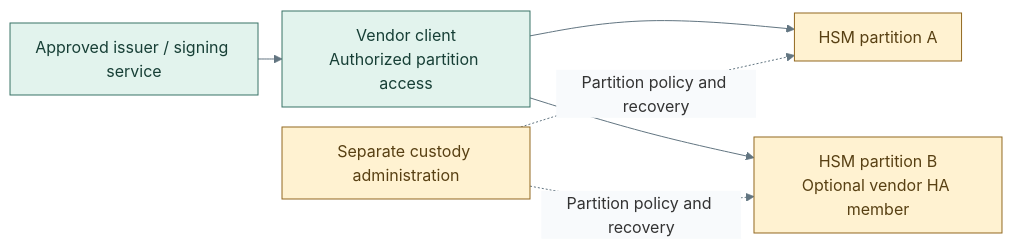
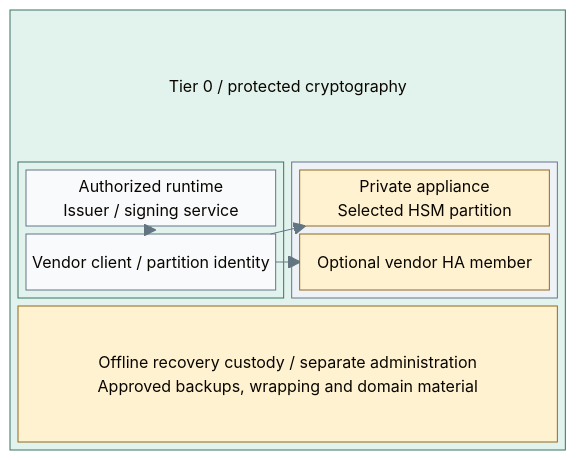
One commit to Rexus/homelab changed the diagram in docs/architecture/cryptography/network-hsm.md. Above: the diagram before and after it, drawn with Mermaid. The commit also changed 22 other files, not shown here.

Commit message:
docs(diagrams): clarify tier boundaries and deployment layouts

````diff
--- a/docs/architecture/cryptography/network-hsm.md
+++ b/docs/architecture/cryptography/network-hsm.md
@@ -9,14 +9,32 @@
 ```mermaid
 %%{init: {"theme":"base","flowchart":{"nodeSpacing":20,"rankSpacing":24,"padding":12,"subGraphTitleMargin":{"top":4,"bottom":12}},"themeVariables":{"lineColor":"#627581","edgeLabelBackground":"#f8fafc"}}}%%
-flowchart LR
-  Consumers["Approved issuer / signing service"] --> Client["Vendor client<br/>Authorized partition access"]
-  Client --> H1["HSM partition A"]
-  Client --> H2["HSM partition B<br/>Optional vendor HA member"]
-  Admin["Separate custody administration"] -. "Partition policy and recovery" .-> H1
-  Admin -. "Partition policy and recovery" .-> H2
+block-beta
+  columns 1
+  block:T0
+    columns 2
+    T0Title["Tier 0 / protected cryptography"]:2
+    block:Runtime
+      columns 1
+      Consumers["Authorized runtime<br/>Issuer / signing service"]
+      Client["Vendor client / partition identity"]
+    end
+    block:Appliances
+      columns 1
+      H1["Private appliance<br/>Selected HSM partition"]
+      H2["Optional vendor HA member"]
+    end
+    Admin["Offline recovery custody / separate administration<br/>Approved backups, wrapping and domain material"]:2
+  end
+  Consumers --> Client
+  Client --> H1
+  Client --> H2
   classDef default fill:#f8fafc,stroke:#64748b,color:#1f2937
   classDef control fill:#e2f3ed,stroke:#397366,color:#173f36
+  classDef controlHeading fill:#e2f3ed,stroke:#e2f3ed,color:#173f36
+  classDef boundary fill:#eef2f6,stroke:#64748b,color:#1f2937
   classDef custody fill:#fff2d1,stroke:#926820,color:#584013
-  class Consumers,Client control
+  class T0,Runtime control
+  class T0Title controlHeading
+  class Appliances boundary
   class H1,H2,Admin custody
 ```
````
